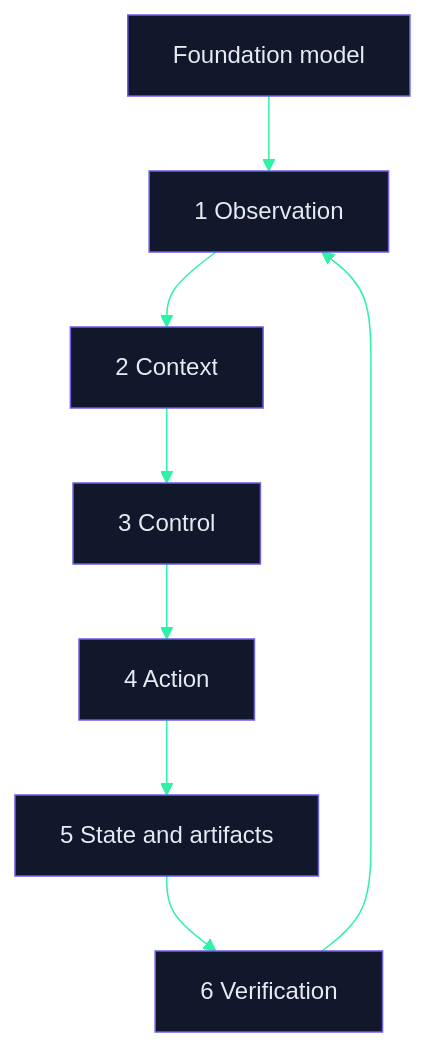
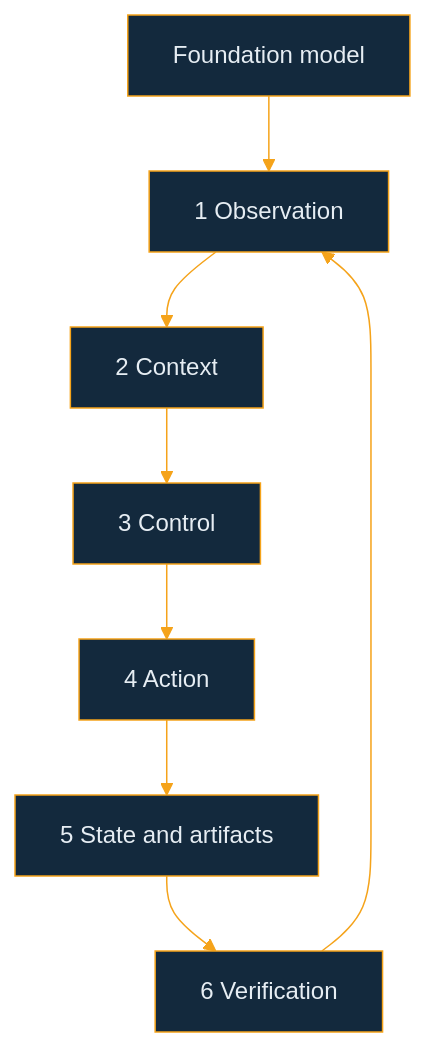
Before and after one commit to MoRohn/agentsphere: the first of 2 diagrams in docs/01-agent-patterns/harness-engineering.md, drawn with Mermaid. The commit also changed other lines of this file and 145 other files, not shown here.

````diff
--- a/docs/01-agent-patterns/harness-engineering.md
+++ b/docs/01-agent-patterns/harness-engineering.md
@@ -67,24 +73,24 @@
 ```mermaid
 ---
 config:
   theme: base
   themeVariables:
     darkMode: true
-    background: "#07090F"
-    primaryColor: "#12182B"
-    primaryTextColor: "#E6EAF2"
-    primaryBorderColor: "#6C5CE7"
-    lineColor: "#2EF2A6"
-    secondaryColor: "#10241C"
-    tertiaryColor: "#101628"
+    background: "#0d1117"
+    primaryColor: "#13293D"
+    primaryTextColor: "#E6EDF3"
+    primaryBorderColor: "#F5A31A"
+    lineColor: "#F5A31A"
+    secondaryColor: "#3A2A12"
+    tertiaryColor: "#10243F"
     fontFamily: "Segoe UI, Helvetica, Arial, sans-serif"
 ---
 flowchart TB
   M["Foundation model"] --> O["1 Observation"]
   O --> C["2 Context"]
   C --> L["3 Control"]
   L --> A["4 Action"]
   A --> S["5 State and artifacts"]
   S --> V["6 Verification"]
   V --> O
 ```
````
